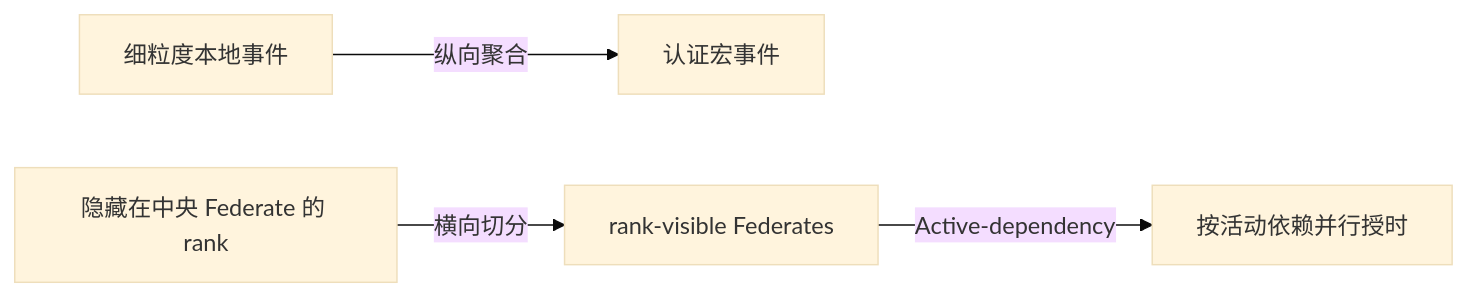
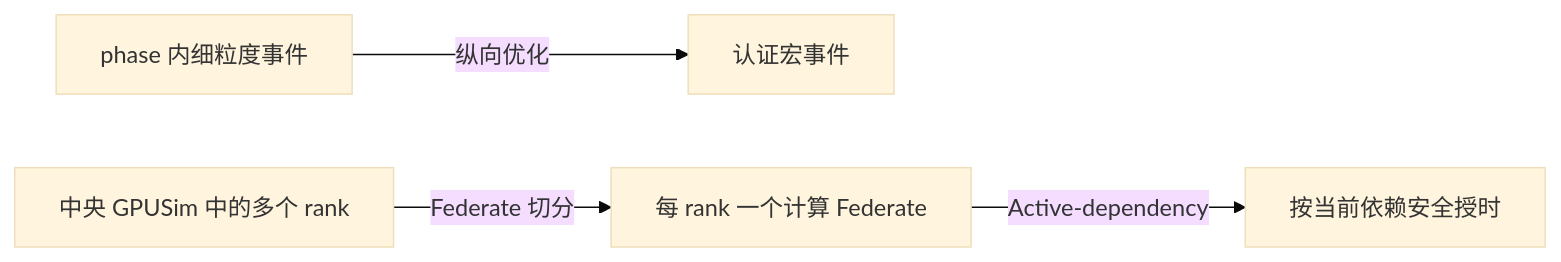
The diagram in docs/WORK_2_DESIGN.md (tocods/ComposeDES), drawn with Mermaid (base theme) before and after one commit. The commit also changed other lines of this file and 22 other files, not shown here.

````diff
--- a/docs/WORK_2_DESIGN.md
+++ b/docs/WORK_2_DESIGN.md
@@ -16,6 +16,6 @@
 ```mermaid
 flowchart LR
-    A[细粒度本地事件] -->|纵向聚合| B[认证宏事件]
-    C[隐藏在中央 Federate 的 rank] -->|横向切分| D[rank-visible Federates]
-    D -->|Active-dependency| E[按活动依赖并行授时]
+    A[phase 内细粒度事件] -->|纵向优化| B[认证宏事件]
+    C[中央 GPUSim 中的多个 rank] -->|Federate 切分| D[每 rank 一个计算 Federate]
+    D -->|Active-dependency| E[按当前依赖安全授时]
 ```
````
